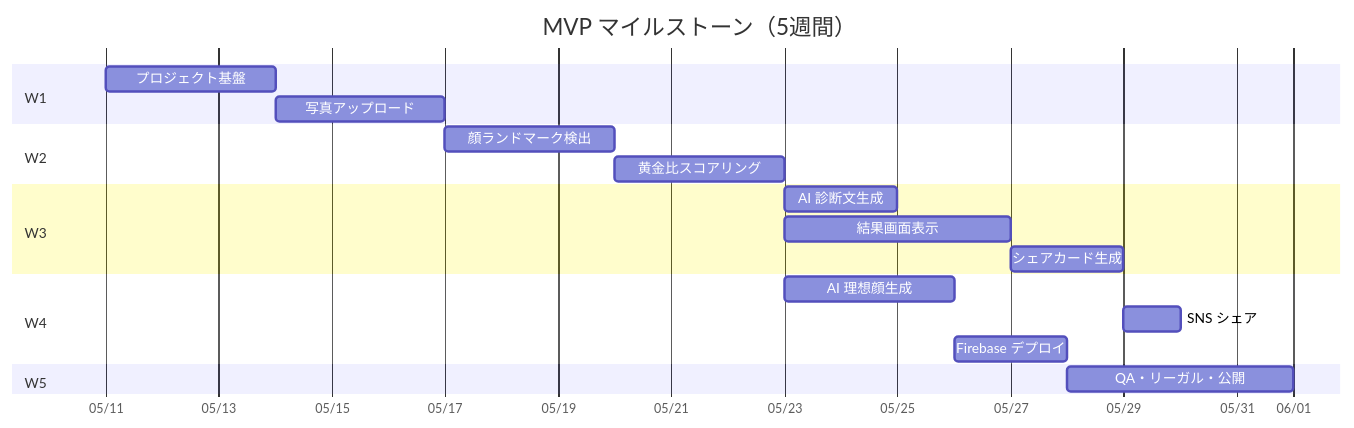
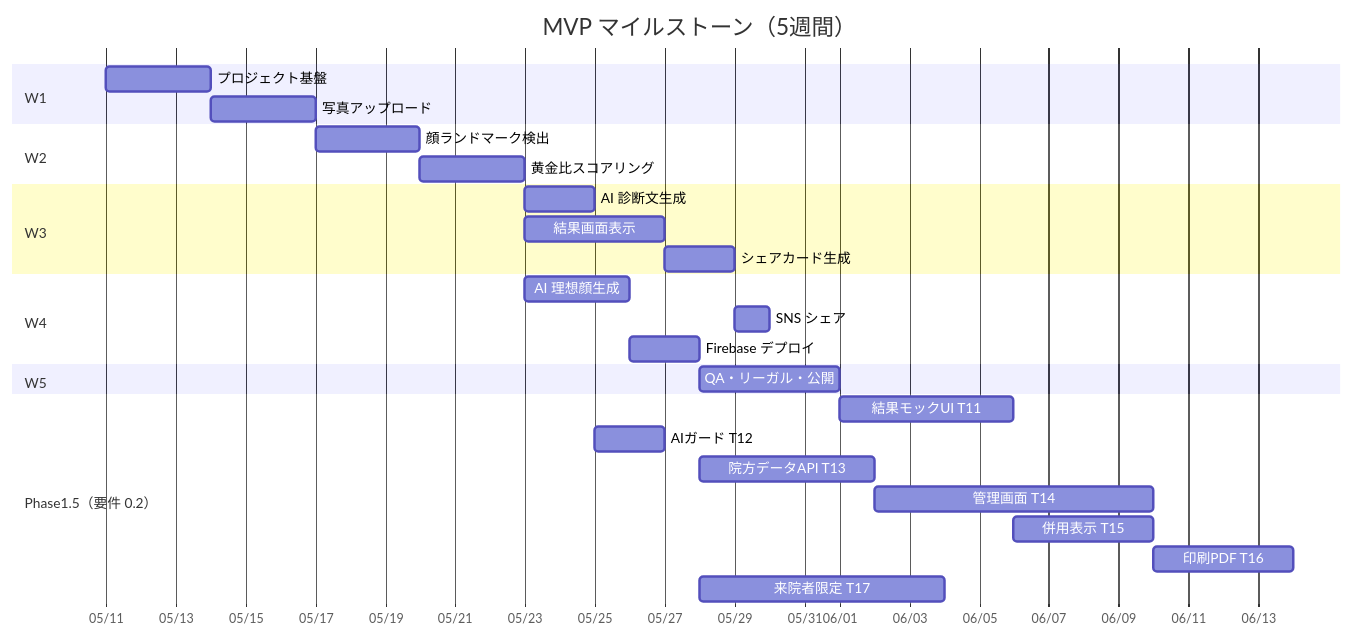
Before and after one commit to tiamclinic/AI-Doctor: the diagram in docs/INDEX.md, drawn with Mermaid. The commit also changed other lines of this file and 7 other files, not shown here.

````diff
--- a/docs/INDEX.md
+++ b/docs/INDEX.md
@@ -37,22 +44,30 @@
 ```mermaid
 gantt
     title MVP マイルストーン（5週間）
     dateFormat YYYY-MM-DD
     axisFormat %m/%d
     section W1
     プロジェクト基盤        :a0, 2026-05-11, 3d
     写真アップロード        :a1, after a0, 3d
     section W2
     顔ランドマーク検出      :a2, after a1, 3d
     黄金比スコアリング      :a3, after a2, 3d
     section W3
     AI 診断文生成           :a4, after a3, 2d
     結果画面表示            :a5, after a3, 4d
     シェアカード生成        :a6, after a5, 2d
     section W4
     AI 理想顔生成           :a7, after a3, 3d
     SNS シェア              :a8, after a6, 1d
     Firebase デプロイ       :a9, after a7, 2d
     section W5
     QA・リーガル・公開      :a10, after a9, 4d
+    section Phase1.5（要件 0.2）
+    結果モックUI T11      :b11, after a10, 5d
+    AIガード T12          :b12, after a4, 2d
+    院方データAPI T13     :b13, after a9, 5d
+    管理画面 T14          :b14, after b13, 8d
+    併用表示 T15          :b15, after b11, 4d
+    印刷PDF T16           :b16, after b15, 4d
+    来院者限定 T17        :b17, after a9, 7d
 ```
````
